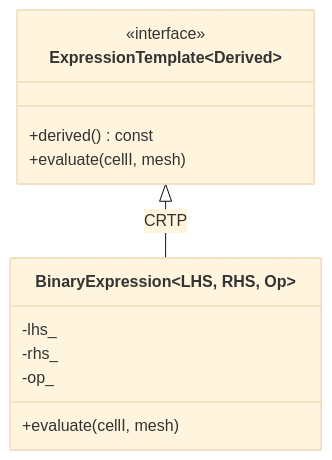
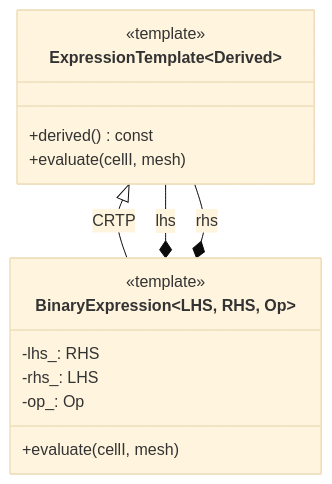
One commit to wramet/build-my-cfd changed the diagram in MODULE_09_ADVANCED_TOPICS/CONTENT/05_PERFORMANCE_OPTIMIZATION/02_Expression_Templates_Syntax.md. Above: the diagram before and after it, drawn with Mermaid (base theme). The commit also changed 313 other files, not shown here.

Commit message:
Revise all diagram

````diff
--- a/MODULE_09_ADVANCED_TOPICS/CONTENT/05_PERFORMANCE_OPTIMIZATION/02_Expression_Templates_Syntax.md
+++ b/MODULE_09_ADVANCED_TOPICS/CONTENT/05_PERFORMANCE_OPTIMIZATION/02_Expression_Templates_Syntax.md
@@ -176,15 +176,18 @@
 ```mermaid
 classDiagram
-    class ExpressionTemplate~Derived~ {
-        <<interface>>
-        +derived() const
-        +evaluate(cellI, mesh)
-    }
-    class BinaryExpression~LHS, RHS, Op~ {
-        -lhs_
-        -rhs_
-        -op_
-        +evaluate(cellI, mesh)
-    }
-    ExpressionTemplate <|-- BinaryExpression : CRTP
+class ExpressionTemplate~Derived~ {
+<<template>>
++derived() const
++evaluate(cellI, mesh)
+}
+class BinaryExpression~LHS, RHS, Op~ {
+<<template>>
+-lhs_: RHS
+-rhs_: LHS
+-op_: Op
++evaluate(cellI, mesh)
+}
+ExpressionTemplate <|-- BinaryExpression : CRTP
+BinaryExpression *-- ExpressionTemplate : lhs
+BinaryExpression *-- ExpressionTemplate : rhs
 ```
````
